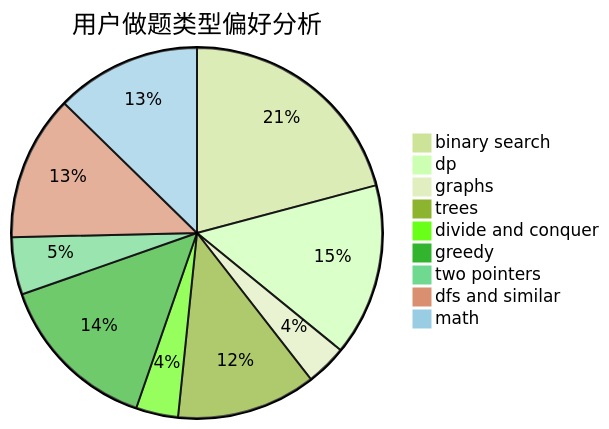
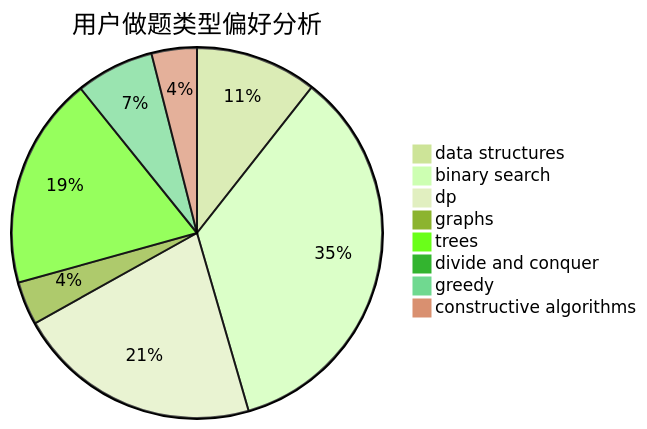
Before and after one commit to sherpahu/cfrs.github.io: the second of 3 diagrams in docs/user/u2215.md, drawn with Mermaid (forest theme). The commit also changed other lines of this file and 2775 other files, not shown here.

````diff
--- a/docs/user/u2215.md
+++ b/docs/user/u2215.md
@@ -23,12 +23,11 @@
 ```mermaid
 pie title 用户做题类型偏好分析
-    "binary search" :  204
-    "dp" :  147
-    "graphs" :  35
-    "trees" :  119
-    "divide and conquer" :  36
-    "greedy" :  140
-    "two pointers" :  49
-    "dfs and similar" :  124
-    "math" :  124
+    "data structures" :  59
+    "binary search" :  194
+    "dp" :  119
+    "graphs" :  21
+    "trees" :  103
+    "divide and conquer" :  0
+    "greedy" :  38
+    "constructive algorithms" :  22
 ```
````
